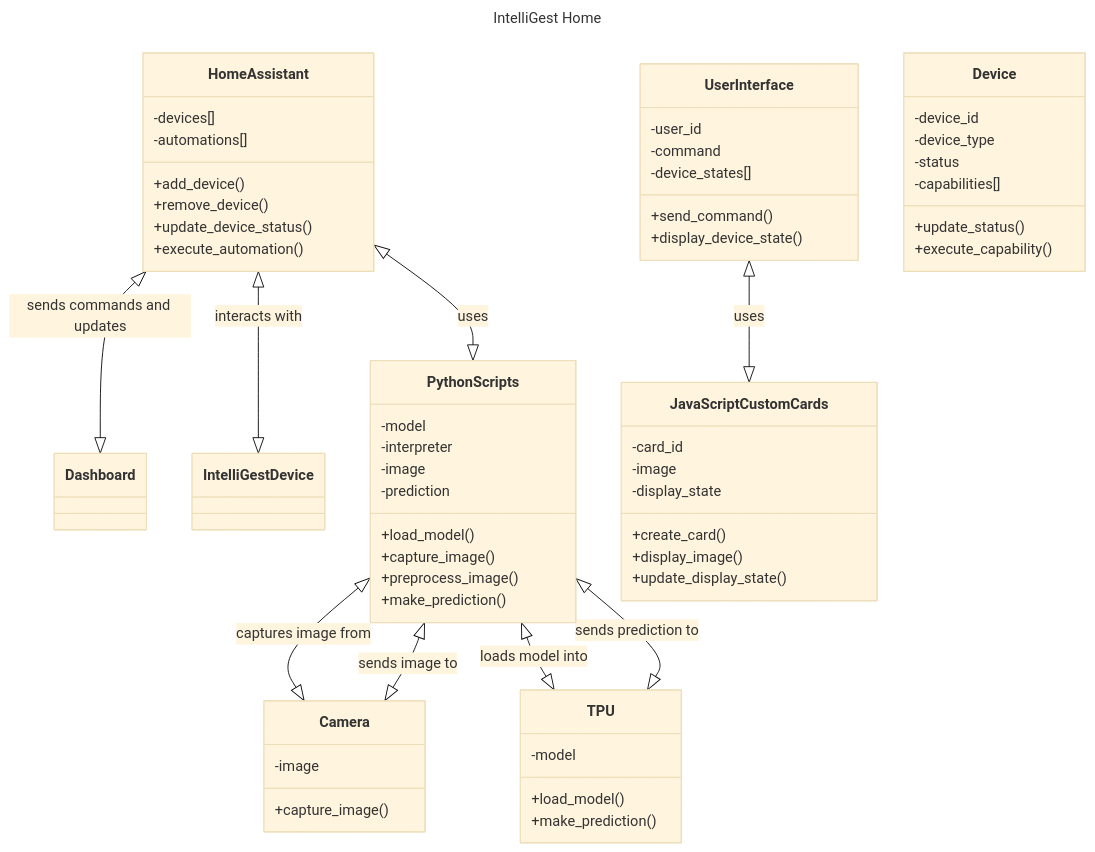
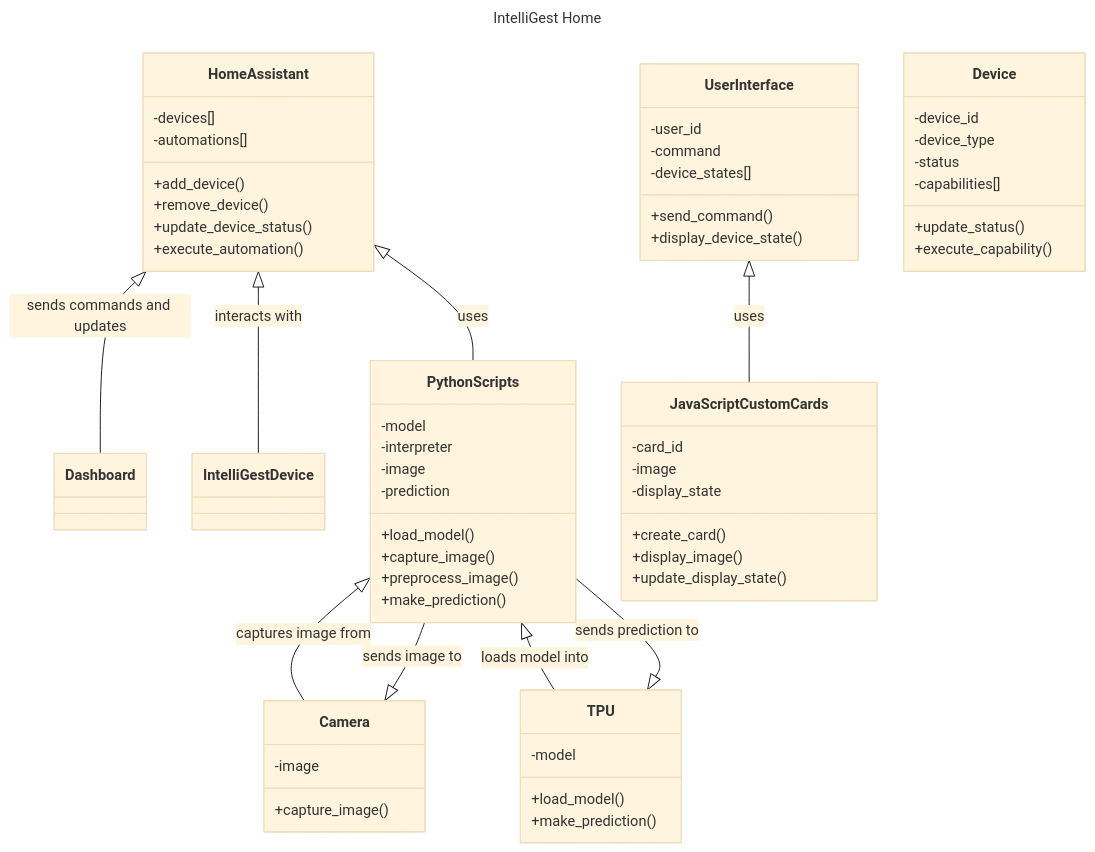
The diagram in documentation/docs/system-architecture/class-diagram.md (Capstone-Projects-2024-Spring/project-intelligest-smart-home), drawn with Mermaid (base theme) before and after one commit. The commit also changed 1 other file, not shown here.

Commit message:
Showed Generalizations in Class Diagram

````diff
--- a/documentation/docs/system-architecture/class-diagram.md
+++ b/documentation/docs/system-architecture/class-diagram.md
@@ -35,65 +35,65 @@
 ```mermaid
 ---
 title: IntelliGest Home
 ---
 
 classDiagram
-    HomeAssistant <|--|> Dashboard : sends commands and updates
-    HomeAssistant <|--|> IntelliGestDevice : interacts with
-    HomeAssistant <|--|> PythonScripts : uses
-    UserInterface <|--|> JavaScriptCustomCards : uses
-    PythonScripts <|--|> Camera : captures image from
-    PythonScripts <|--|> TPU : loads model into
-    Camera <|--|> PythonScripts : sends image to
-    TPU <|--|> PythonScripts : sends prediction to
+    HomeAssistant <|-- Dashboard : sends commands and updates
+    HomeAssistant <|-- IntelliGestDevice : interacts with
+    HomeAssistant <|-- PythonScripts : uses
+    UserInterface <|-- JavaScriptCustomCards : uses
+    PythonScripts <|-- Camera : captures image from
+    PythonScripts <|-- TPU : loads model into
+    Camera <|-- PythonScripts : sends image to
+    TPU <|-- PythonScripts : sends prediction to
     class HomeAssistant {
         -devices[]
         -automations[]
         +add_device()
         +remove_device()
         +update_device_status()
         +execute_automation()
     }
     class UserInterface {
         -user_id
         -command
         -device_states[]
         +send_command()
         +display_device_state()
     }
     class Device {
         -device_id
         -device_type
         -status
         -capabilities[]
         +update_status()
         +execute_capability()
     }
     class PythonScripts {
         -model
         -interpreter
         -image
         -prediction
         +load_model()
         +capture_image()
         +preprocess_image()
         +make_prediction()
     }
     class JavaScriptCustomCards {
         -card_id
         -image
         -display_state
         +create_card()
         +display_image()
         +update_display_state()
     }
     class Camera {
         -image
         +capture_image()
     }
     class TPU {
         -model
         +load_model()
         +make_prediction()
     }
 ```
````
